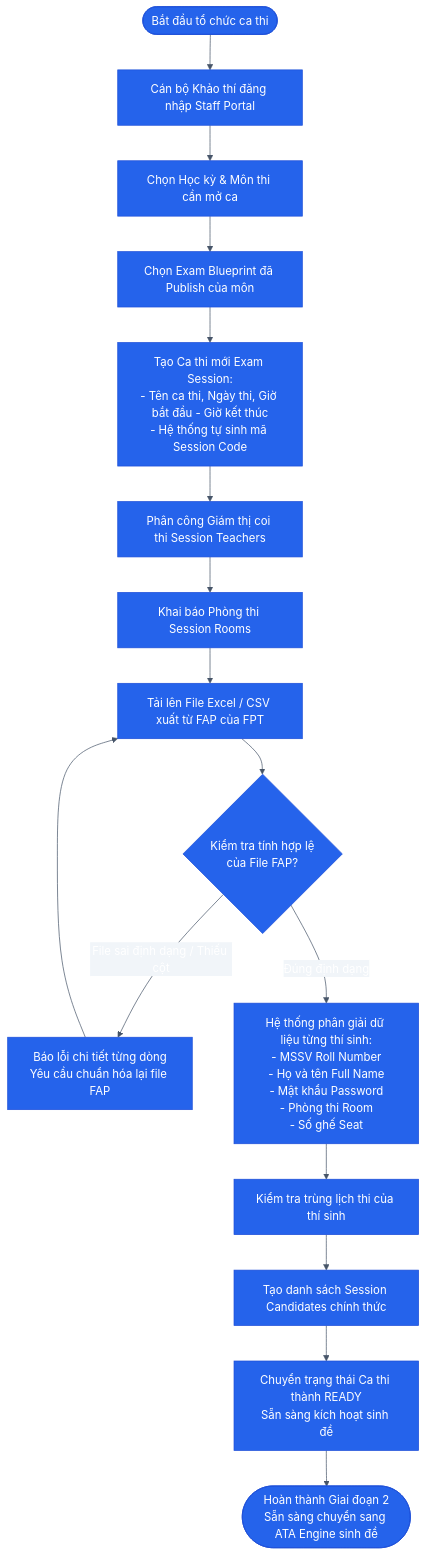
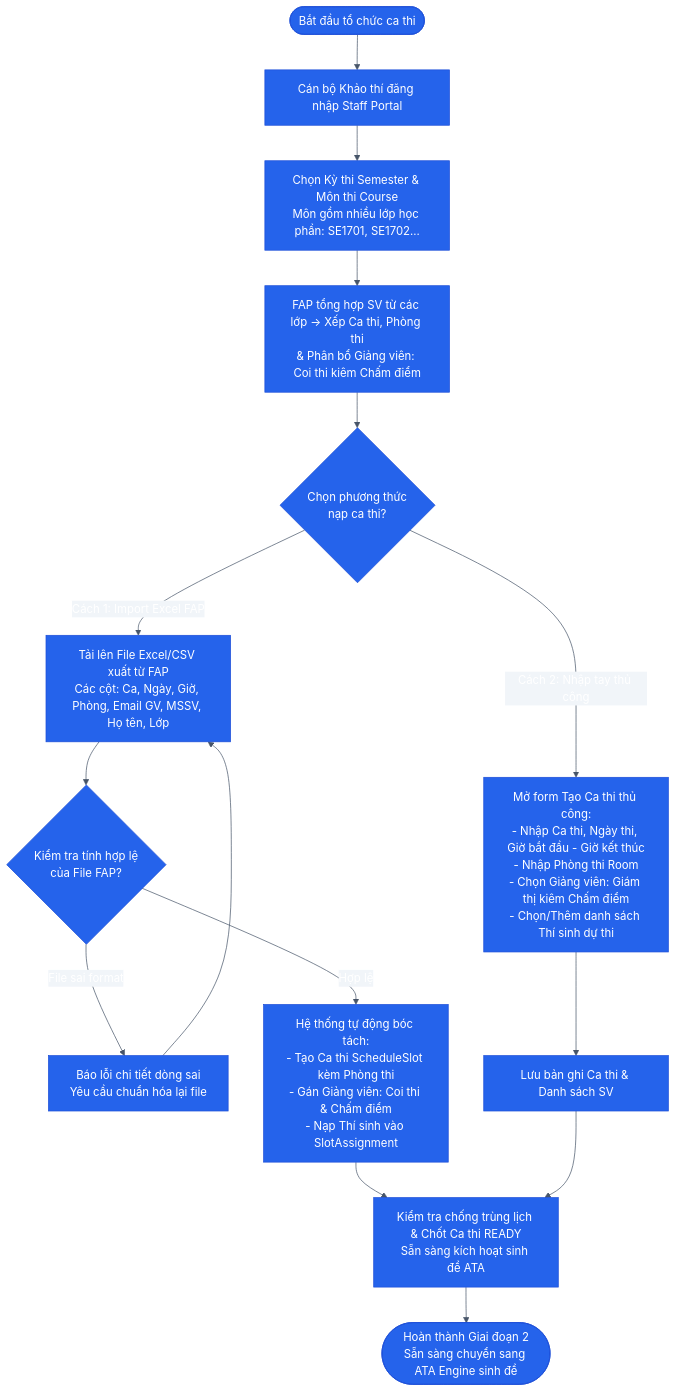
The diagram in diagrams/02-examiner-session-fap-import.md (FPTU-Oral-Exam/Oral-Assessment-Project), drawn with Mermaid before and after one commit. The commit also changed other lines of this file and 9 other files, not shown here.

Commit message:
feat(examiner): implement FAP Excel schedule ingestion, manual slot creation, and proctor-grader teacher assignment

````diff
--- a/diagrams/02-examiner-session-fap-import.md
+++ b/diagrams/02-examiner-session-fap-import.md
@@ -11,27 +11,27 @@
 ```mermaid
 %%{init: {'theme': 'base', 'themeVariables': { 'primaryColor': '#2563eb', 'primaryTextColor': '#ffffff', 'primaryBorderColor': '#1d4ed8', 'lineColor': '#475569', 'secondaryColor': '#f1f5f9'}}}%%
 flowchart TD
     START([Bắt đầu tổ chức ca thi]) --> E1[Cán bộ Khảo thí đăng nhập Staff Portal]
     
-    E1 --> E2[Chọn Học kỳ & Môn thi cần mở ca]
-    E2 --> E3[Chọn Exam Blueprint đã Publish của môn]
+    E1 --> E2[Chọn Kỳ thi Semester & Môn thi Course\nMôn gồm nhiều lớp học phần: SE1701, SE1702...]
+    E2 --> E3[FAP tổng hợp SV từ các lớp -> Xếp Ca thi, Phòng thi\n& Phân bổ Giảng viên: Coi thi kiêm Chấm điểm]
     
-    E3 --> E4[Tạo Ca thi mới Exam Session:\n- Tên ca thi, Ngày thi, Giờ bắt đầu - Giờ kết thúc\n- Hệ thống tự sinh mã Session Code]
+    E3 --> MODE{Chọn phương thức\nnạp ca thi?}
     
-    E4 --> E5[Phân công Giám thị coi thi Session Teachers]
-    E5 --> E6[Khai báo Phòng thi Session Rooms]
+    %% Nhánh A: Import FAP
+    MODE -- "Cách 1: Import Excel FAP" --> FAP1[Tải lên File Excel/CSV xuất từ FAP\nCác cột: Ca, Ngày, Giờ, Phòng, Email GV, MSSV, Họ tên, Lớp]
+    FAP1 --> FAP2{Kiểm tra tính hợp lệ\ncủa File FAP?}
+    FAP2 -- "File sai format" --> FAP_ERR[Báo lỗi chi tiết dòng sai\nYêu cầu chuẩn hóa lại file]
+    FAP_ERR --> FAP1
+    FAP2 -- "Hợp lệ" --> FAP3[Hệ thống tự động bóc tách:\n- Tạo Ca thi ScheduleSlot kèm Phòng thi\n- Gán Giảng viên: Coi thi & Chấm điểm\n- Nạp Thí sinh vào SlotAssignment]
     
-    E6 --> E7[Tải lên File Excel / CSV xuất từ FAP của FPT]
-    E7 --> E8{Kiểm tra tính hợp lệ\ncủa File FAP?}
+    %% Nhánh B: Nhập tay
+    MODE -- "Cách 2: Nhập tay thủ công" --> MAN1[Mở form Tạo Ca thi thủ công:\n- Nhập Ca thi, Ngày thi, Giờ bắt đầu - Giờ kết thúc\n- Nhập Phòng thi Room\n- Chọn Giảng viên: Giám thị kiêm Chấm điểm\n- Chọn/Thêm danh sách Thí sinh dự thi]
+    MAN1 --> MAN2[Lưu bản ghi Ca thi & Danh sách SV]
     
-    E8 -- "File sai định dạng / Thiếu cột" --> E8_ERR[Báo lỗi chi tiết từng dòng\nYêu cầu chuẩn hóa lại file FAP]
-    E8_ERR --> E7
+    %% Merge
+    FAP3 --> READY[Kiểm tra chống trùng lịch & Chốt Ca thi READY\nSẵn sàng kích hoạt sinh đề ATA]
+    MAN2 --> READY
     
-    E8 -- "Đúng định dạng" --> E9[Hệ thống phân giải dữ liệu từng thí sinh:\n- MSSV Roll Number\n- Họ và tên Full Name\n- Mật khẩu Password\n- Phòng thi Room\n- Số ghế Seat]
-    
-    E9 --> E10[Kiểm tra trùng lịch thi của thí sinh]
-    E10 --> E11[Tạo danh sách Session Candidates chính thức]
-    E11 --> E12[Chuyển trạng thái Ca thi thành READY\nSẵn sàng kích hoạt sinh đề]
-    
-    E12 --> END_NODE([Hoàn thành Giai đoạn 2\nSẵn sàng chuyển sang ATA Engine sinh đề])
+    READY --> END_NODE([Hoàn thành Giai đoạn 2\nSẵn sàng chuyển sang ATA Engine sinh đề])
 ```
````
